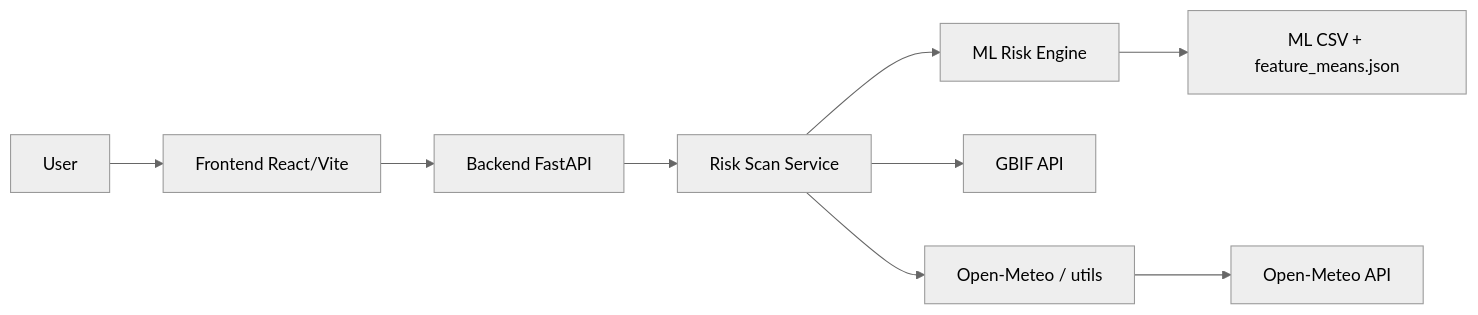
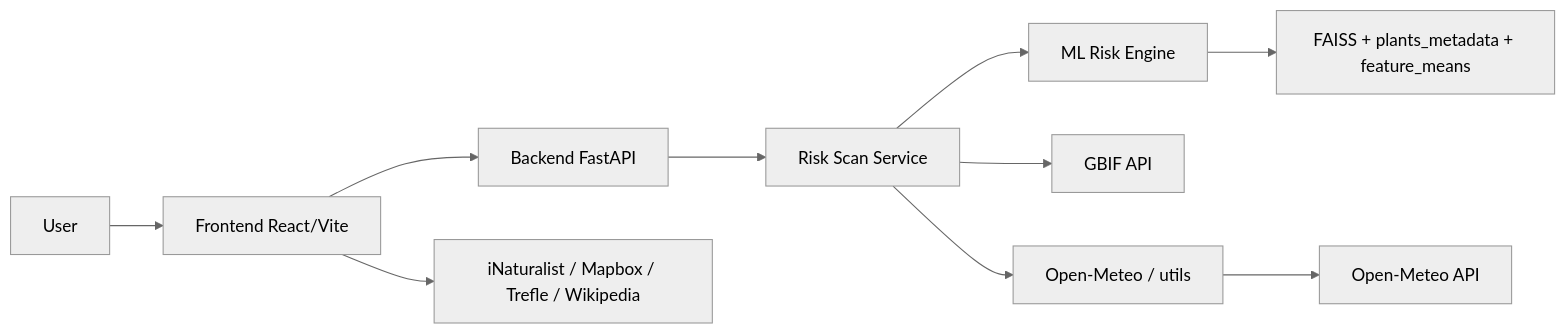
The diagram in README.md (VedVar43789/InvasiveSpeciesTracker), drawn with Mermaid (neutral theme) before and after one commit. The commit also changed other lines of this file and 3 other files, not shown here.

````diff
--- a/README.md
+++ b/README.md
@@ -24,11 +24,12 @@
 ```mermaid
 flowchart LR
   User --> Frontend[Frontend React/Vite]
   Frontend --> Backend[Backend FastAPI]
   Backend --> RiskScan[Risk Scan Service]
   RiskScan --> RiskEngine[ML Risk Engine]
   RiskScan --> GBIF[GBIF API]
   RiskScan --> Utils[Open-Meteo / utils]
-  RiskEngine --> MLData[ML CSV + feature_means.json]
+  RiskEngine --> MLData[FAISS + plants_metadata + feature_means]
   Utils --> OpenMeteo[Open-Meteo API]
+  Frontend --> ExtAPIs[iNaturalist / Mapbox / Trefle / Wikipedia]
 ```
````
